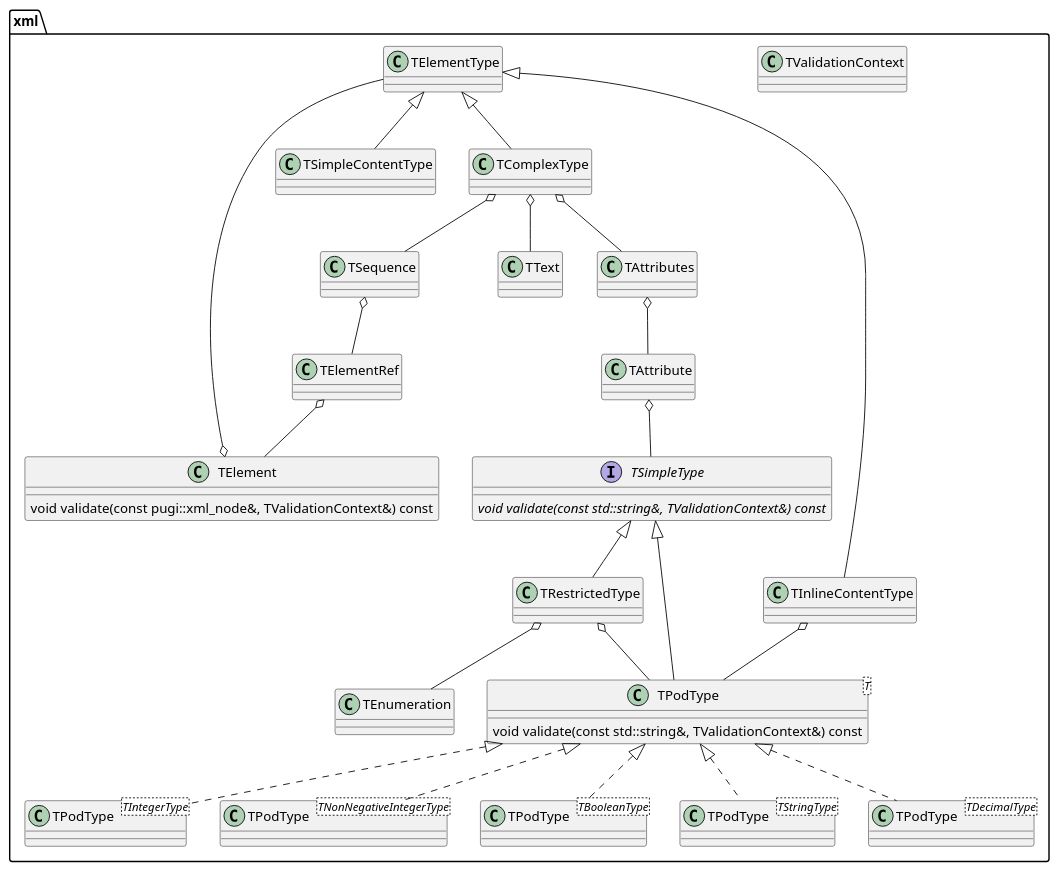
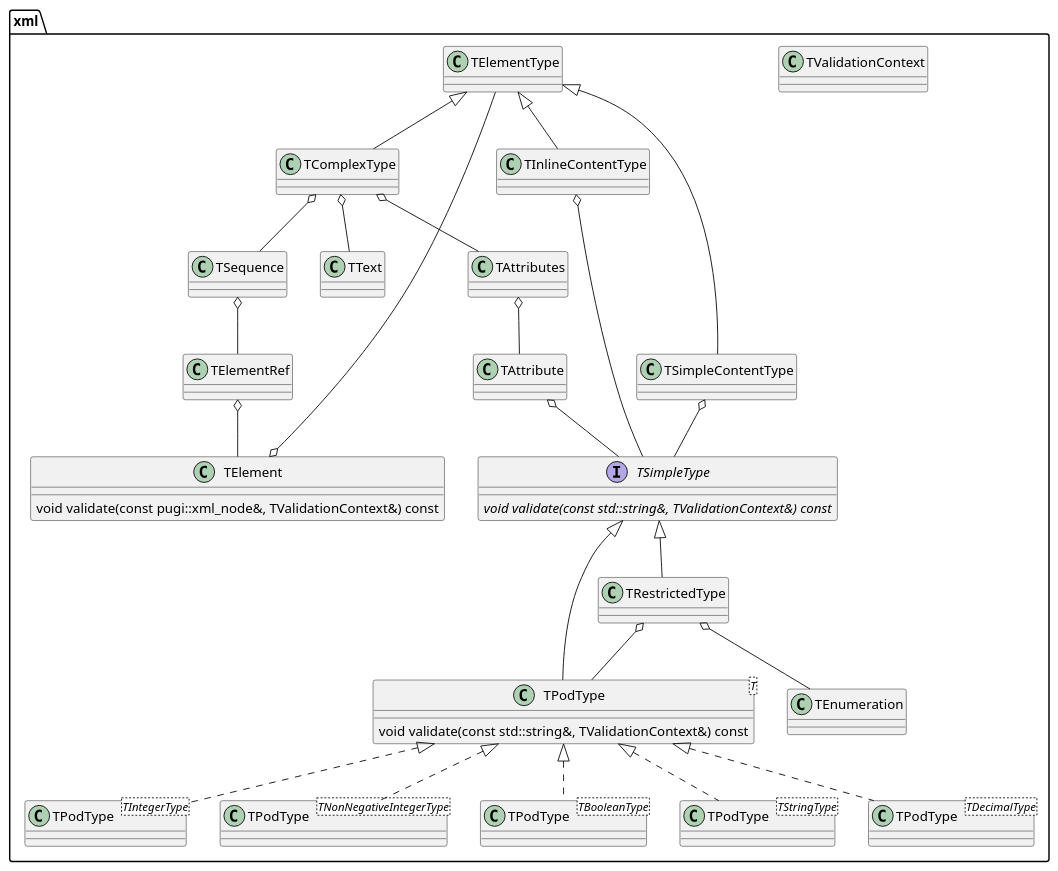
The diagram in design/validator.puml (BearinxSimulationSuite/REXSapi), drawn with PlantUML before and after one commit. The commit also changed 2 other files, not shown here.

Commit message:
Added simple content type

```diff
--- a/design/validator.puml
+++ b/design/validator.puml
@@ -1,76 +1,77 @@
 @startuml Schema Validator
 
 namespace xml {
 
 class TValidationContext
 
 
 interface TSimpleType {
   {abstract} void validate(const std::string&, TValidationContext&) const
 }
 
 
 class TPodType<T> {
   void validate(const std::string&, TValidationContext&) const
 }
 
 class "TPodType<TIntegerType>" as ATIntegerType
 class "TPodType<TNonNegativeIntegerType>" as ATNonNegativeIntegerType
 class "TPodType<TBooleanType>" as ATBooleanType
 class "TPodType<TStringType>" as ATStringType
 class "TPodType<TDecimalType>" as ATDecimalType
 
 TSimpleType <|-- TPodType
 TPodType <|.. ATIntegerType
 TPodType <|.. ATNonNegativeIntegerType
 TPodType <|.. ATBooleanType
 TPodType <|.. ATStringType
 TPodType <|.. ATDecimalType
 
 class TElementType
 class TComplexType
 class TSimpleContentType
 class TInlineContentType
 
 TElementType <|-- TComplexType
 TElementType <|-- TSimpleContentType
 TElementType <|-- TInlineContentType
 
 class TAttribute
 class TSequence
 class TText
 class TAttributes
 
 TComplexType o-- TSequence
 TComplexType o-- TAttributes
 TComplexType o-- TText
 
-TInlineContentType o-- TPodType
+TInlineContentType o-- TSimpleType
+TSimpleContentType o-- TSimpleType
 
 TAttribute o-- TSimpleType
 TAttributes o-- TAttribute
 
 class TElement {
   void validate(const pugi::xml_node&, TValidationContext&) const
 }
 
 TElement o-- TElementType
 
 class TElementRef
 
 TElementRef o-- TElement
 
 TSequence o-- TElementRef
 
 class TRestrictedType
 
 TRestrictedType o-- TPodType
 TSimpleType <|-- TRestrictedType
 
 class TEnumeration
 
 TRestrictedType o-- TEnumeration
 
 }
 
 @enduml
```
